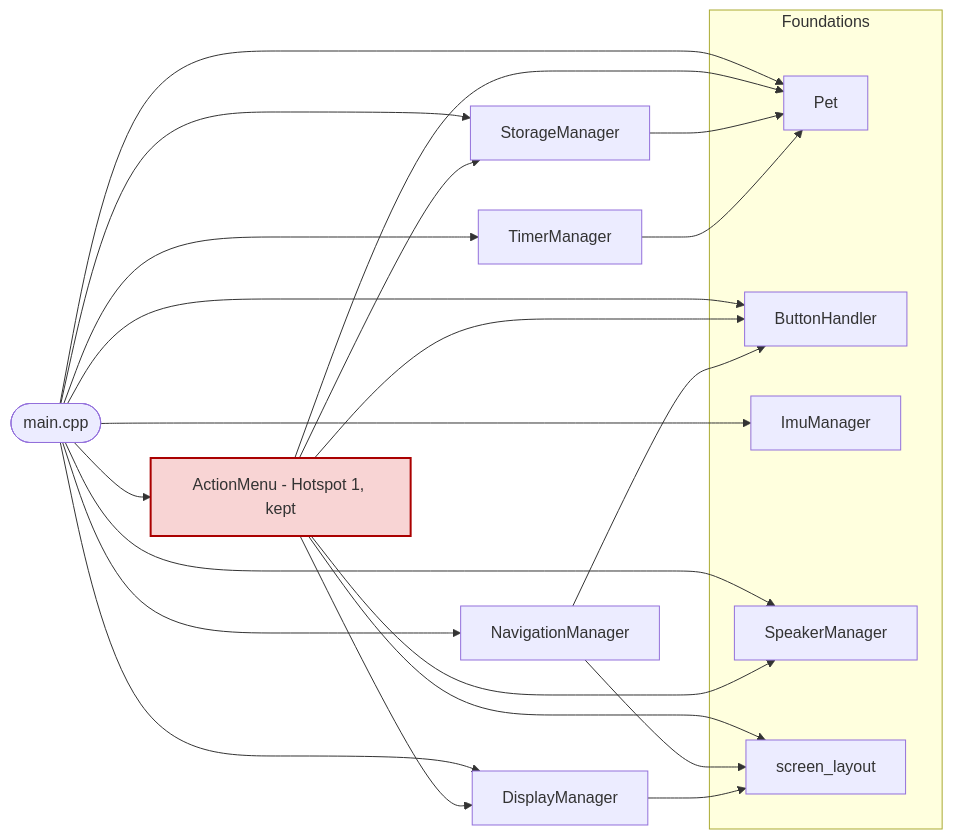
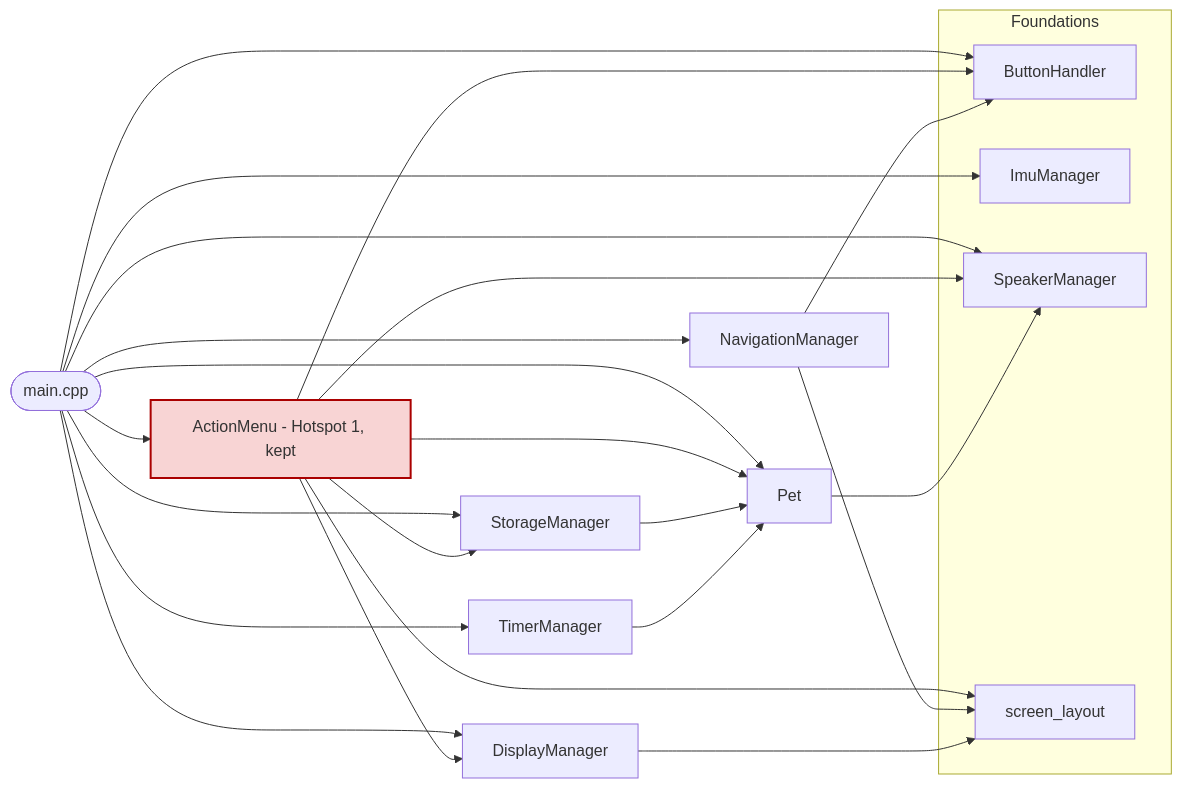
The diagram in virtual-pet/DEV_ROADMAP.md (Hal9004/vitrual-pet), drawn with Mermaid before and after one commit. The commit also changed other lines of this file and 2 other files, not shown here.

````diff
--- a/virtual-pet/DEV_ROADMAP.md
+++ b/virtual-pet/DEV_ROADMAP.md
@@ -1188,44 +1202,45 @@
 ```mermaid
 graph LR
     Main([main.cpp])
 
     subgraph Foundations
-        Pet[Pet]
         Button[ButtonHandler]
         IMU[ImuManager]
         Speaker[SpeakerManager]
         Layout[screen_layout]
     end
 
+    Pet[Pet]
     Timer[TimerManager]
     Storage[StorageManager]
     Display[DisplayManager]
     Nav[NavigationManager]
     Menu[ActionMenu - Hotspot 1, kept]
 
+    Pet --> Speaker
     Timer --> Pet
     Storage --> Pet
     Display --> Layout
     Nav --> Layout
     Nav --> Button
 
     Menu --> Pet
     Menu --> Display
     Menu --> Layout
     Menu --> Button
     Menu --> Speaker
     Menu --> Storage
 
     Main --> Pet
     Main --> Display
     Main --> Button
     Main --> Menu
     Main --> Nav
     Main --> Timer
     Main --> IMU
     Main --> Speaker
     Main --> Storage
 
     classDef hotspot fill:#f8d4d4,stroke:#a00,stroke-width:2px
     class Menu hotspot
 ```
````
